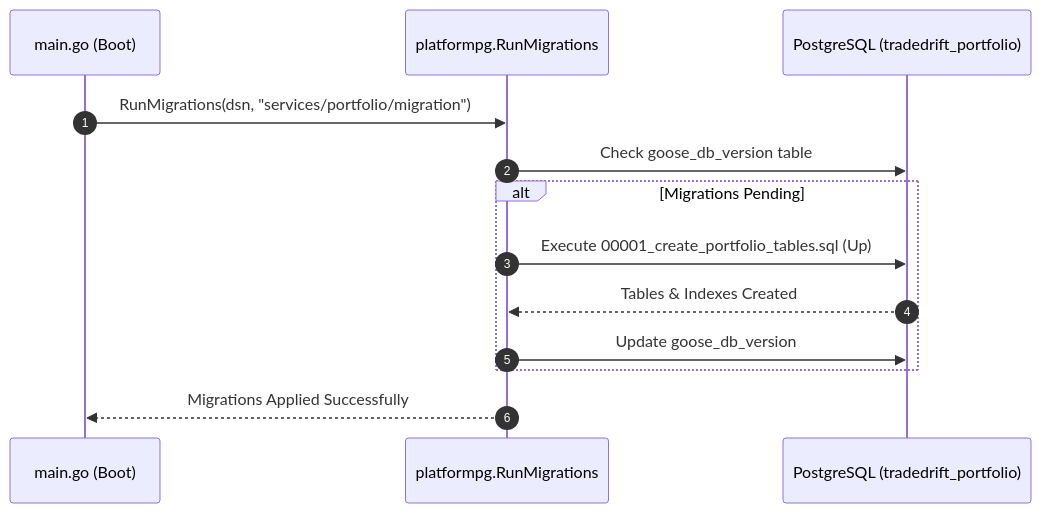
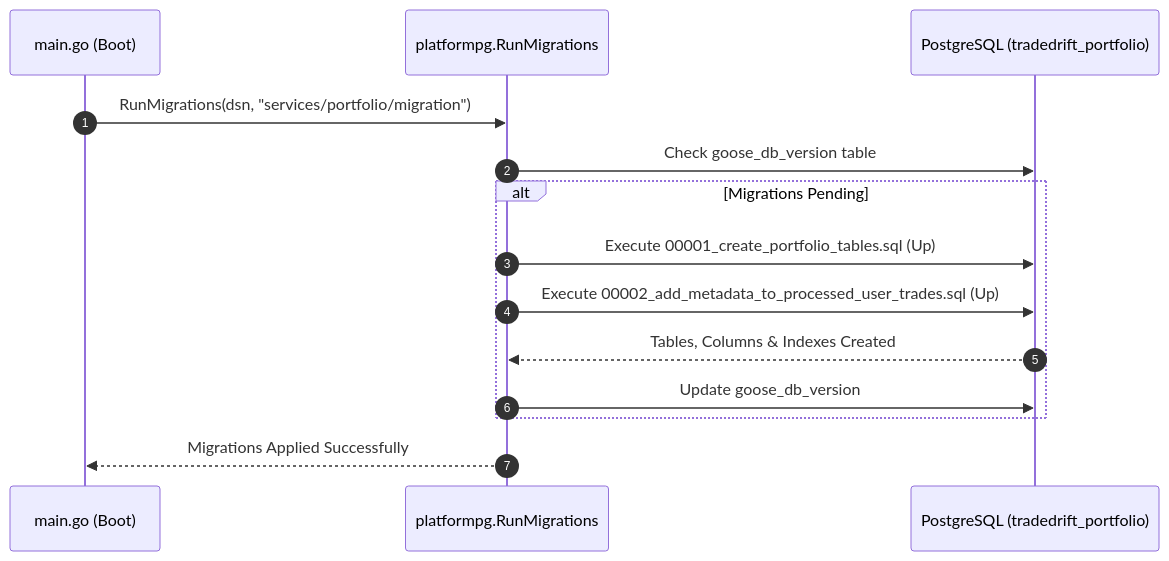
One commit to akhilbabu26/tradedrift changed the diagram in services/portfolio/migration/README.md. Above: the diagram before and after it, drawn with Mermaid. The commit also changed other lines of this file and 59 other files, not shown here.

````diff
--- a/services/portfolio/migration/README.md
+++ b/services/portfolio/migration/README.md
@@ -15,16 +15,17 @@
 ```mermaid
 sequenceDiagram
     autonumber
     participant App as main.go (Boot)
     participant Goose as platformpg.RunMigrations
     participant DB as PostgreSQL (tradedrift_portfolio)
 
     App->>Goose: RunMigrations(dsn, "services/portfolio/migration")
     Goose->>DB: Check goose_db_version table
     alt Migrations Pending
         Goose->>DB: Execute 00001_create_portfolio_tables.sql (Up)
-        DB-->>Goose: Tables & Indexes Created
+        Goose->>DB: Execute 00002_add_metadata_to_processed_user_trades.sql (Up)
+        DB-->>Goose: Tables, Columns & Indexes Created
         Goose->>DB: Update goose_db_version
     end
     Goose-->>App: Migrations Applied Successfully
 ```
````
